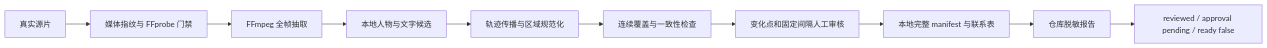
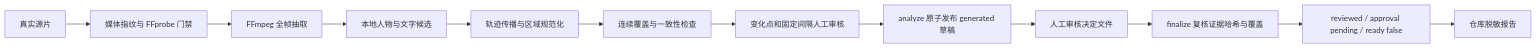
The diagram in docs/superpowers/specs/2026-08-15-redraw-full-frame-person-text-audit-design.md (xiongpinji/molimamahuabu2), drawn with Mermaid before and after one commit. The commit also changed other lines of this file, not shown here.

````diff
--- a/docs/superpowers/specs/2026-08-15-redraw-full-frame-person-text-audit-design.md
+++ b/docs/superpowers/specs/2026-08-15-redraw-full-frame-person-text-audit-design.md
@@ -85,12 +85,14 @@
 ```mermaid
 flowchart LR
   A[真实源片] --> B[媒体指纹与 FFprobe 门禁]
   B --> C[FFmpeg 全帧抽取]
   C --> D[本地人物与文字候选]
   D --> E[轨迹传播与区域规范化]
   E --> F[连续覆盖与一致性检查]
   F --> G[变化点和固定间隔人工审核]
-  G --> H[本地完整 manifest 与联系表]
-  H --> I[仓库脱敏报告]
-  I --> J[reviewed / approval pending / ready false]
+  G --> H[analyze 原子发布 generated 草稿]
+  H --> I[人工审核决定文件]
+  I --> J[finalize 复核证据哈希与覆盖]
+  J --> K[reviewed / approval pending / ready false]
+  K --> L[仓库脱敏报告]
 ```
````
